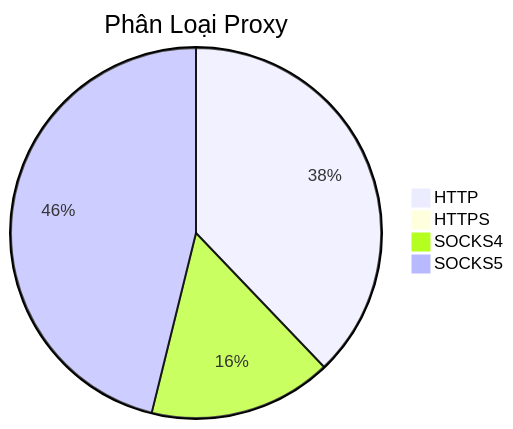
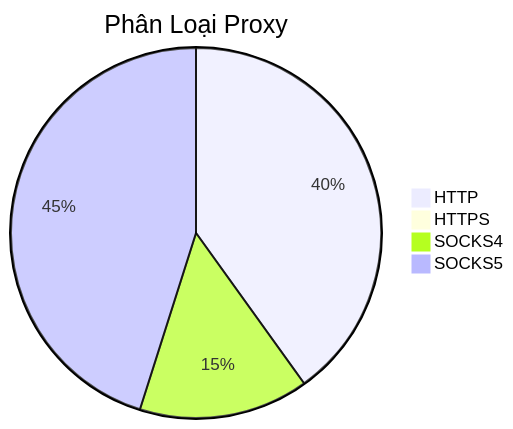
The diagram in README.md (Ciara-12/PROXY-free), drawn with Mermaid before and after one commit. The commit also changed other lines of this file and 4 other files, not shown here.

````diff
--- a/README.md
+++ b/README.md
@@ -26,7 +26,7 @@
 ```mermaid
 pie title Phân Loại Proxy
-    "HTTP" : 1132
-    "HTTPS" : 1
-    "SOCKS4" : 478
-    "SOCKS5" : 1380
+    "HTTP" : 990
+    "HTTPS" : 2
+    "SOCKS4" : 366
+    "SOCKS5" : 1114
 ```
````
